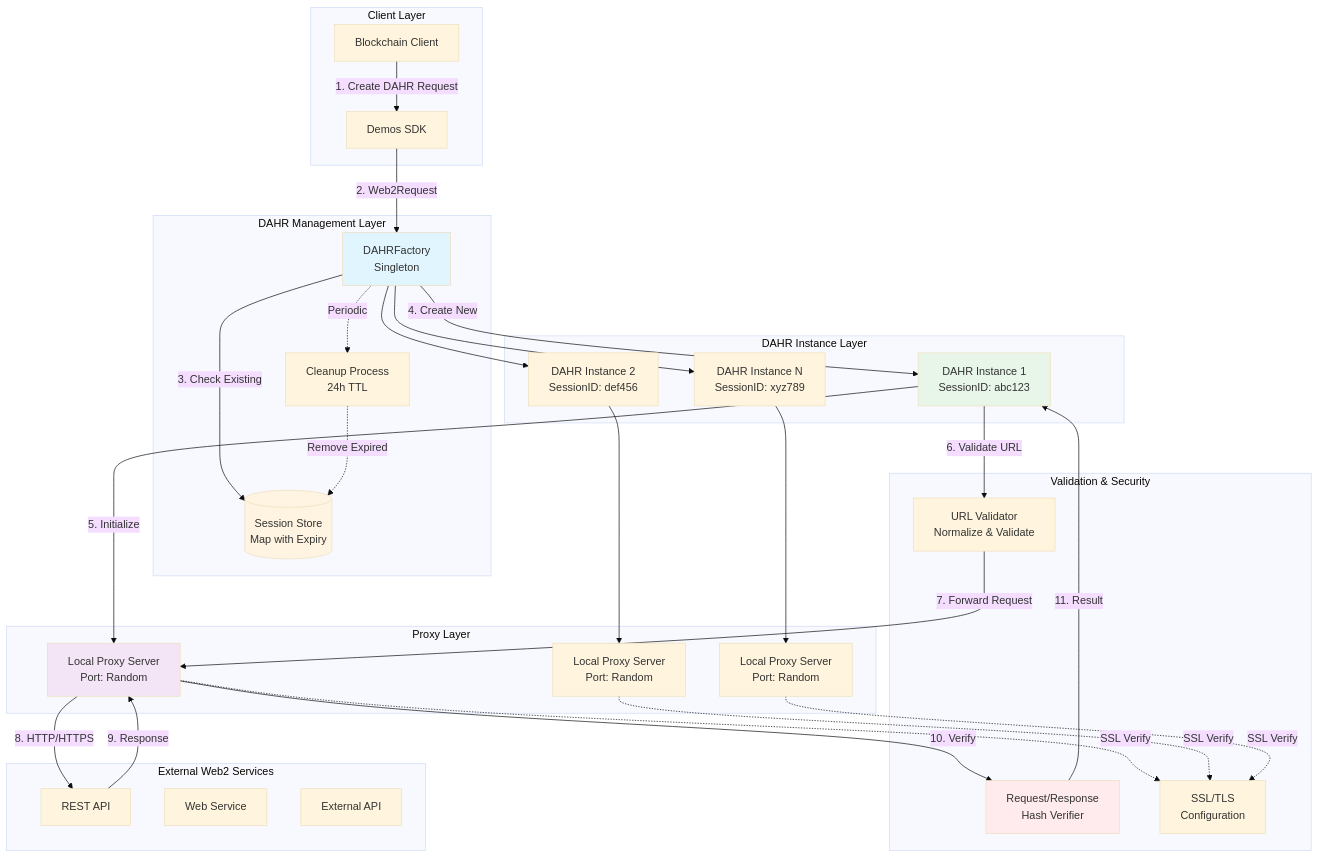
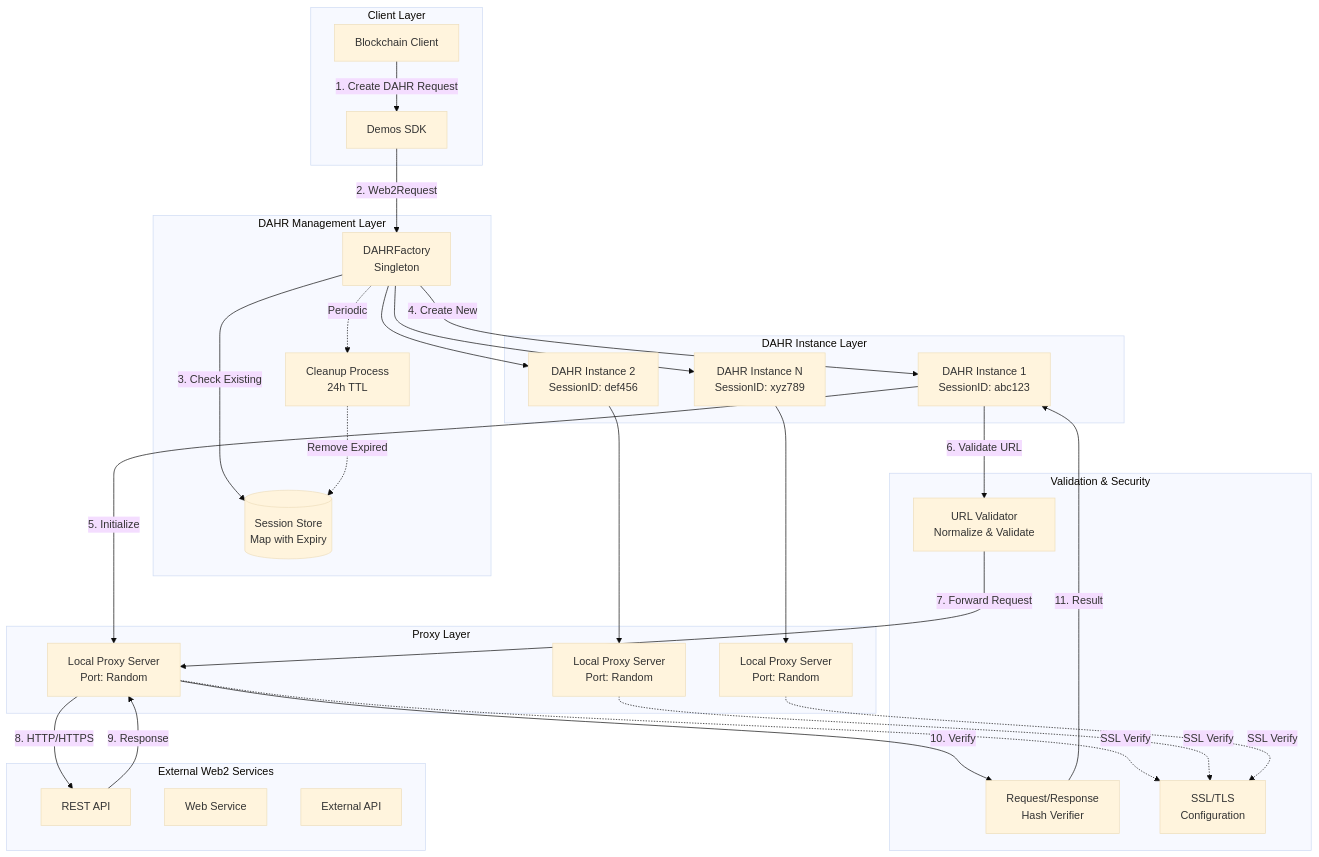
Before and after one commit to kynesyslabs/demos_network_technical_documentation: the first of 10 diagrams in web2-integration/WEB2_DAHR.md, drawn with Mermaid (base theme). The commit also changed other lines of this file and 24 other files, not shown here.

````diff
--- a/web2-integration/WEB2_DAHR.md
+++ b/web2-integration/WEB2_DAHR.md
@@ -11,68 +11,63 @@
 ```mermaid
 graph TB
     subgraph "Client Layer"
         Client[Blockchain Client]
         SDK[Demos SDK]
     end
 
     subgraph "DAHR Management Layer"
         Factory[DAHRFactory<br/>Singleton]
         SessionStore[(Session Store<br/>Map with Expiry)]
         Cleanup[Cleanup Process<br/>24h TTL]
     end
 
     subgraph "DAHR Instance Layer"
         DAHR1[DAHR Instance 1<br/>SessionID: abc123]
         DAHR2[DAHR Instance 2<br/>SessionID: def456]
         DAHR3[DAHR Instance N<br/>SessionID: xyz789]
     end
 
     subgraph "Proxy Layer"
         Proxy1[Local Proxy Server<br/>Port: Random]
         Proxy2[Local Proxy Server<br/>Port: Random]
         Proxy3[Local Proxy Server<br/>Port: Random]
     end
 
     subgraph "External Web2 Services"
         API1[REST API]
         API2[Web Service]
         API3[External API]
     end
 
     subgraph "Validation & Security"
         URLValidator[URL Validator<br/>Normalize & Validate]
         HashVerifier[Request/Response<br/>Hash Verifier]
         SSLConfig[SSL/TLS<br/>Configuration]
     end
 
     Client -->|1. Create DAHR Request| SDK
     SDK -->|2. Web2Request| Factory
     Factory -->|3. Check Existing| SessionStore
     Factory -->|4. Create New| DAHR1
     DAHR1 -->|5. Initialize| Proxy1
 
     Factory -.->|Periodic| Cleanup
     Cleanup -.->|Remove Expired| SessionStore
 
     DAHR1 -->|6. Validate URL| URLValidator
     URLValidator -->|7. Forward Request| Proxy1
     Proxy1 -->|8. HTTP/HTTPS| API1
     API1 -->|9. Response| Proxy1
     Proxy1 -->|10. Verify| HashVerifier
     HashVerifier -->|11. Result| DAHR1
 
     Factory --> DAHR2
     Factory --> DAHR3
     DAHR2 --> Proxy2
     DAHR3 --> Proxy3
 
     Proxy1 -.->|SSL Verify| SSLConfig
     Proxy2 -.->|SSL Verify| SSLConfig
     Proxy3 -.->|SSL Verify| SSLConfig
 
-    style Factory fill:#e1f5ff
-    style SessionStore fill:#fff4e1
-    style DAHR1 fill:#e8f5e9
-    style Proxy1 fill:#f3e5f5
-    style HashVerifier fill:#ffebee
 ```
````
